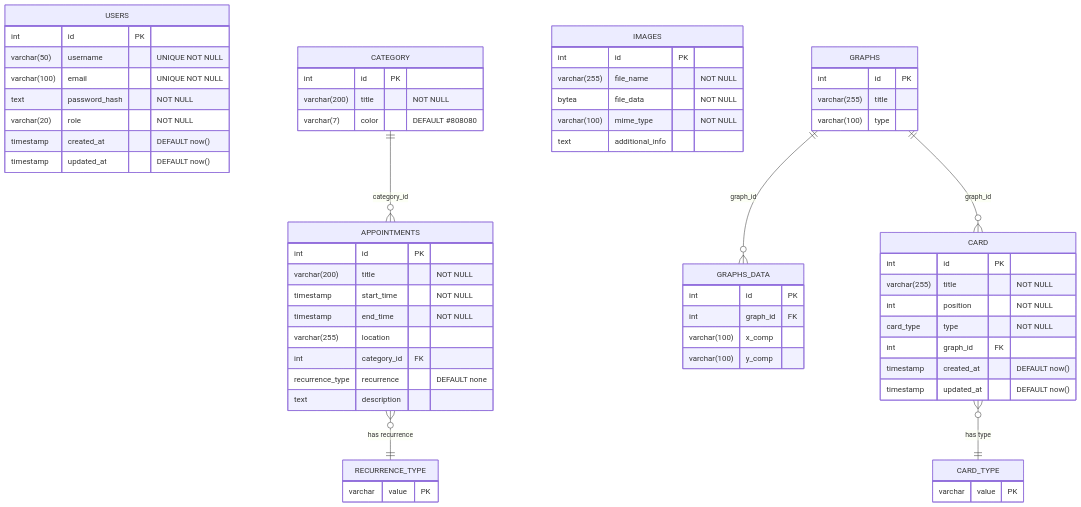
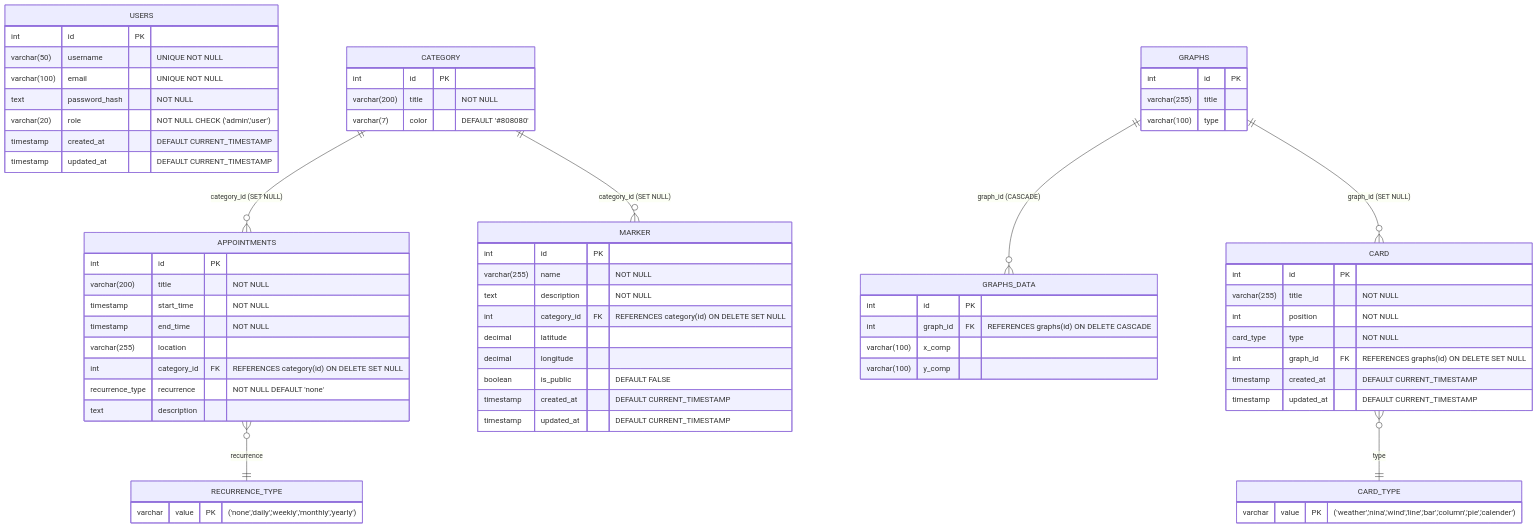
The first of 3 diagrams in SmartCities_Backend/README.md (TheSynus/SWP-SS25-SmartCities), drawn with Mermaid before and after one commit. The commit also changed other lines of this file and 5 other files, not shown here.

````diff
--- a/SmartCities_Backend/README.md
+++ b/SmartCities_Backend/README.md
@@ -162,72 +161,82 @@
 ```mermaid
 erDiagram
     %% Tabellen
     USERS {
-        int id PK
-        varchar(50) username "UNIQUE NOT NULL"
-        varchar(100) email "UNIQUE NOT NULL"
-        text password_hash "NOT NULL"
-        varchar(20) role "NOT NULL"
-        timestamp created_at "DEFAULT now()"
-        timestamp updated_at "DEFAULT now()"
+      int id PK
+      varchar(50) username "UNIQUE NOT NULL"
+      varchar(100) email "UNIQUE NOT NULL"
+      text password_hash "NOT NULL"
+      varchar(20) role "NOT NULL CHECK ('admin','user')"
+      timestamp created_at "DEFAULT CURRENT_TIMESTAMP"
+      timestamp updated_at "DEFAULT CURRENT_TIMESTAMP"
     }
 
     CATEGORY {
-        int id PK
-        varchar(200) title "NOT NULL"
-        varchar(7) color "DEFAULT #808080"
+      int id PK
+      varchar(200) title "NOT NULL"
+      varchar(7) color "DEFAULT '#808080'"
     }
 
     APPOINTMENTS {
-        int id PK
-        varchar(200) title "NOT NULL"
-        timestamp start_time "NOT NULL"
-        timestamp end_time "NOT NULL"
-        varchar(255) location
-        int category_id FK
-        recurrence_type recurrence "DEFAULT none"
-        text description
-    }
-
-    IMAGES {
-        int id PK
-        varchar(255) file_name "NOT NULL"
-        bytea file_data "NOT NULL"
-        varchar(100) mime_type "NOT NULL"
-        text additional_info
+      int id PK
+      varchar(200) title "NOT NULL"
+      timestamp start_time "NOT NULL"
+      timestamp end_time "NOT NULL"
+      varchar(255) location
+      int category_id FK "REFERENCES category(id) ON DELETE SET NULL"
+      recurrence_type recurrence "NOT NULL DEFAULT 'none'"
+      text description
     }
 
     GRAPHS {
-        int id PK
-        varchar(255) title
-        varchar(100) type
+      int id PK
+      varchar(255) title
+      varchar(100) type
     }
 
     GRAPHS_DATA {
-        int id PK
-        int graph_id FK
-        varchar(100) x_comp
-        varchar(100) y_comp
+      int id PK
+      int graph_id FK "REFERENCES graphs(id) ON DELETE CASCADE"
+      varchar(100) x_comp
+      varchar(100) y_comp
     }
 
     CARD {
-        int id PK
-        varchar(255) title "NOT NULL"
-        int position "NOT NULL"
-        card_type type "NOT NULL"
-        int graph_id FK
-        timestamp created_at "DEFAULT now()"
-        timestamp updated_at "DEFAULT now()"
+      int id PK
+      varchar(255) title "NOT NULL"
+      int position "NOT NULL"
+      card_type type "NOT NULL"
+      int graph_id FK "REFERENCES graphs(id) ON DELETE SET NULL"
+      timestamp created_at "DEFAULT CURRENT_TIMESTAMP"
+      timestamp updated_at "DEFAULT CURRENT_TIMESTAMP"
+    }
+
+    MARKER {
+      int id PK
+      varchar(255) name "NOT NULL"
+      text description "NOT NULL"
+      int category_id FK "REFERENCES category(id) ON DELETE SET NULL"
+      decimal latitude
+      decimal longitude
+      boolean is_public "DEFAULT FALSE"
+      timestamp created_at "DEFAULT CURRENT_TIMESTAMP"
+      timestamp updated_at "DEFAULT CURRENT_TIMESTAMP"
     }
     
     %% ENUMs
-    RECURRENCE_TYPE { varchar value PK } 
-    CARD_TYPE { varchar value PK }
+    RECURRENCE_TYPE { 
+      varchar value PK "('none','daily','weekly','monthly','yearly')"
+    }
+    
+    CARD_TYPE { 
+        varchar value PK "('weather','nina','wind','line','bar','column','pie','calender')"
+    }
 
     %% Beziehungen
-    CATEGORY ||--o{ APPOINTMENTS : "category_id"
-    GRAPHS ||--o{ GRAPHS_DATA : "graph_id"
-    GRAPHS ||--o{ CARD : "graph_id"
-    APPOINTMENTS }o--|| RECURRENCE_TYPE : "has recurrence"
-    CARD }o--|| CARD_TYPE : "has type"	
+    CATEGORY ||--o{ APPOINTMENTS : "category_id (SET NULL)"
+    CATEGORY ||--o{ MARKER : "category_id (SET NULL)"
+    GRAPHS ||--o{ GRAPHS_DATA : "graph_id (CASCADE)"
+    GRAPHS ||--o{ CARD : "graph_id (SET NULL)"
+    APPOINTMENTS }o--|| RECURRENCE_TYPE : "recurrence"
+    CARD }o--|| CARD_TYPE : "type"	
 ```
````
